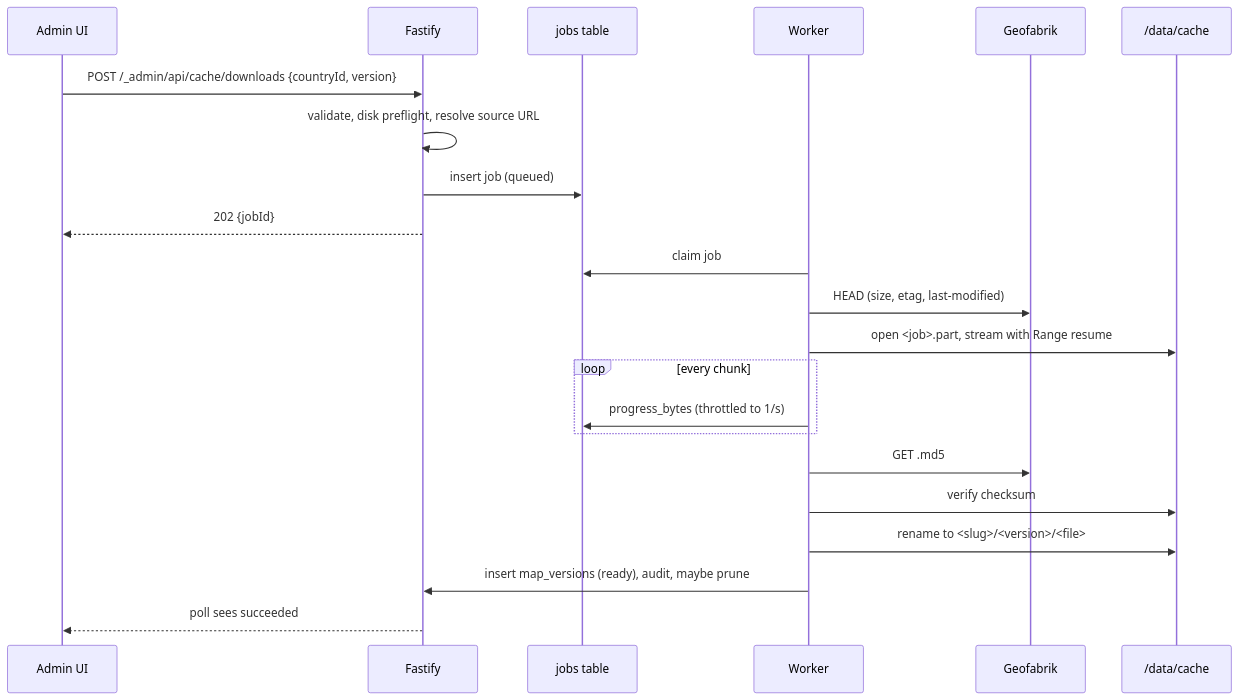
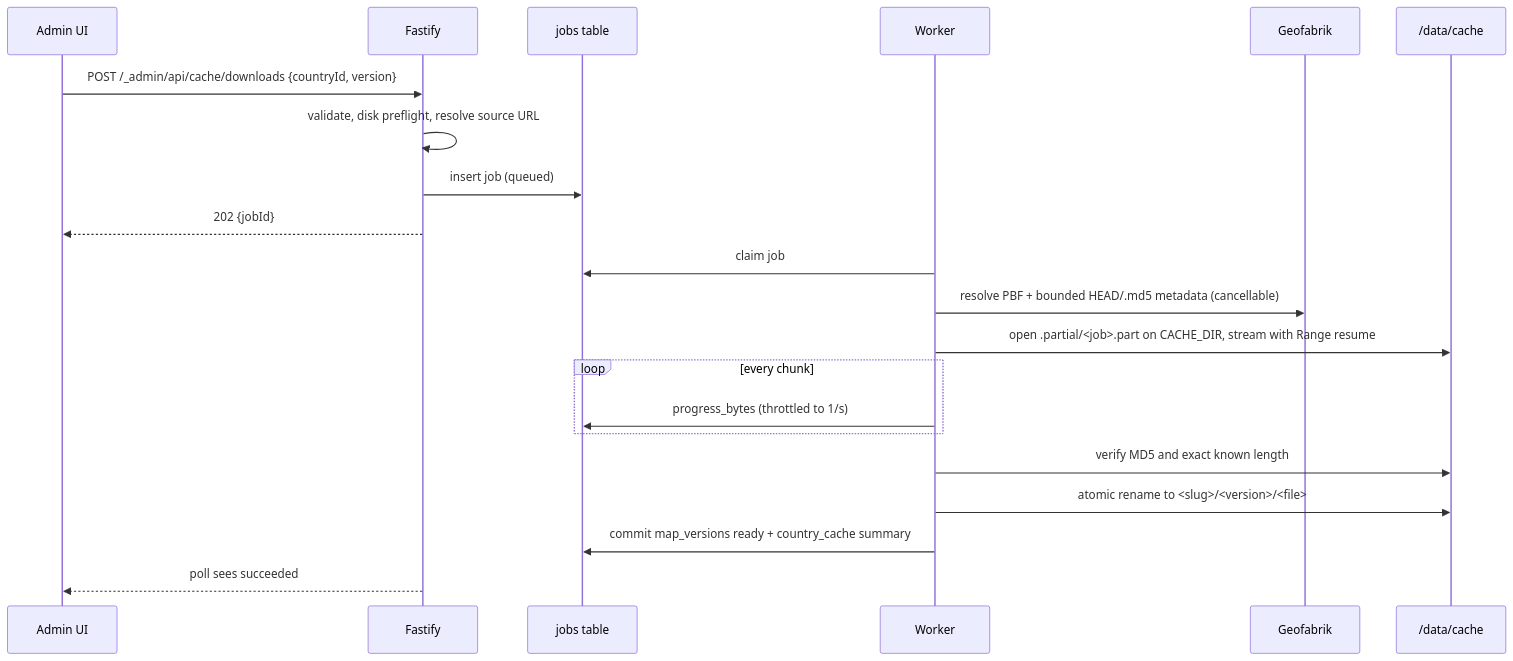
Before and after one commit to komeilm76/mapirror: the fourth of 4 diagrams in docs/02-architecture.md, drawn with Mermaid. The commit also changed other lines of this file and 12 other files, not shown here.

````diff
--- a/docs/02-architecture.md
+++ b/docs/02-architecture.md
@@ -188,24 +189,23 @@
 ```mermaid
 sequenceDiagram
   participant A as Admin UI
   participant API as Fastify
   participant Q as jobs table
   participant W as Worker
   participant G as Geofabrik
   participant FS as /data/cache
   A->>API: POST /_admin/api/cache/downloads {countryId, version}
   API->>API: validate, disk preflight, resolve source URL
   API->>Q: insert job (queued)
   API-->>A: 202 {jobId}
   W->>Q: claim job
-  W->>G: HEAD (size, etag, last-modified)
-  W->>FS: open <job>.part, stream with Range resume
+  W->>G: resolve PBF + bounded HEAD/.md5 metadata (cancellable)
+  W->>FS: open .partial/<job>.part on CACHE_DIR, stream with Range resume
   loop every chunk
     W->>Q: progress_bytes (throttled to 1/s)
   end
-  W->>G: GET .md5
-  W->>FS: verify checksum
-  W->>FS: rename to <slug>/<version>/<file>
-  W->>API: insert map_versions (ready), audit, maybe prune
+  W->>FS: verify MD5 and exact known length
+  W->>FS: atomic rename to <slug>/<version>/<file>
+  W->>Q: commit map_versions ready + country_cache summary
   API-->>A: poll sees succeeded
 ```
````
